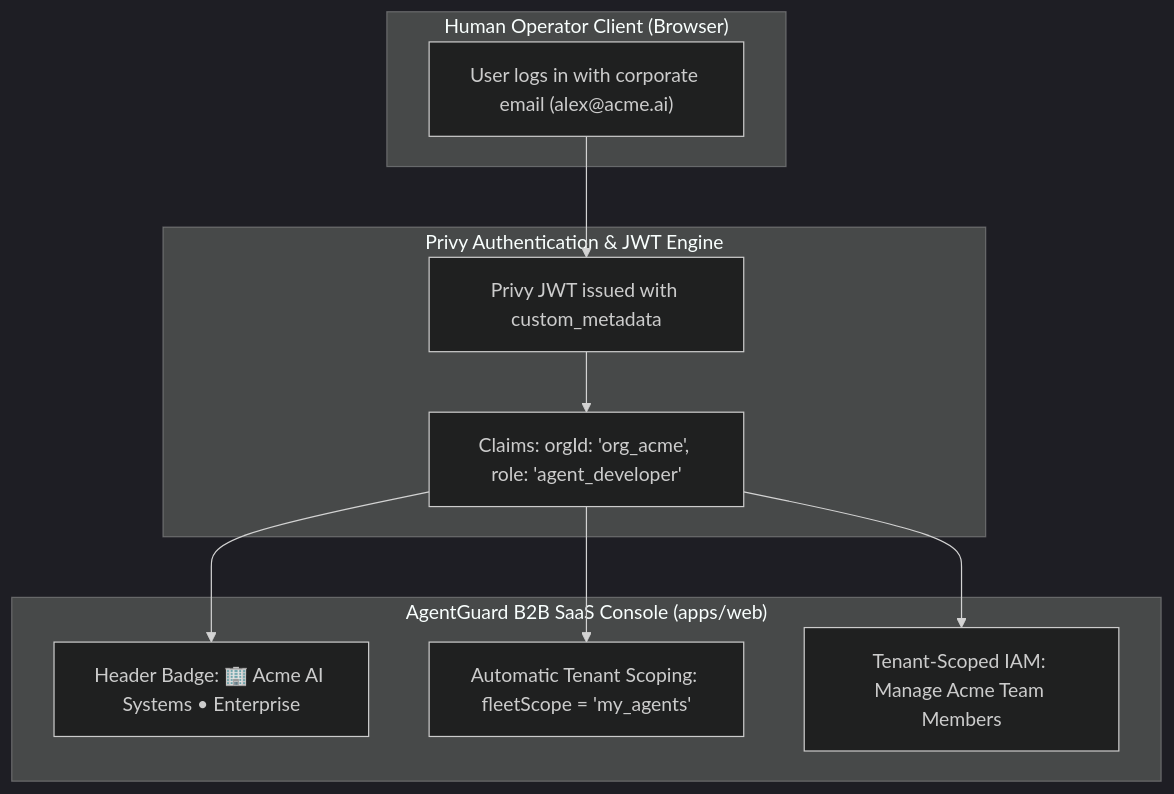
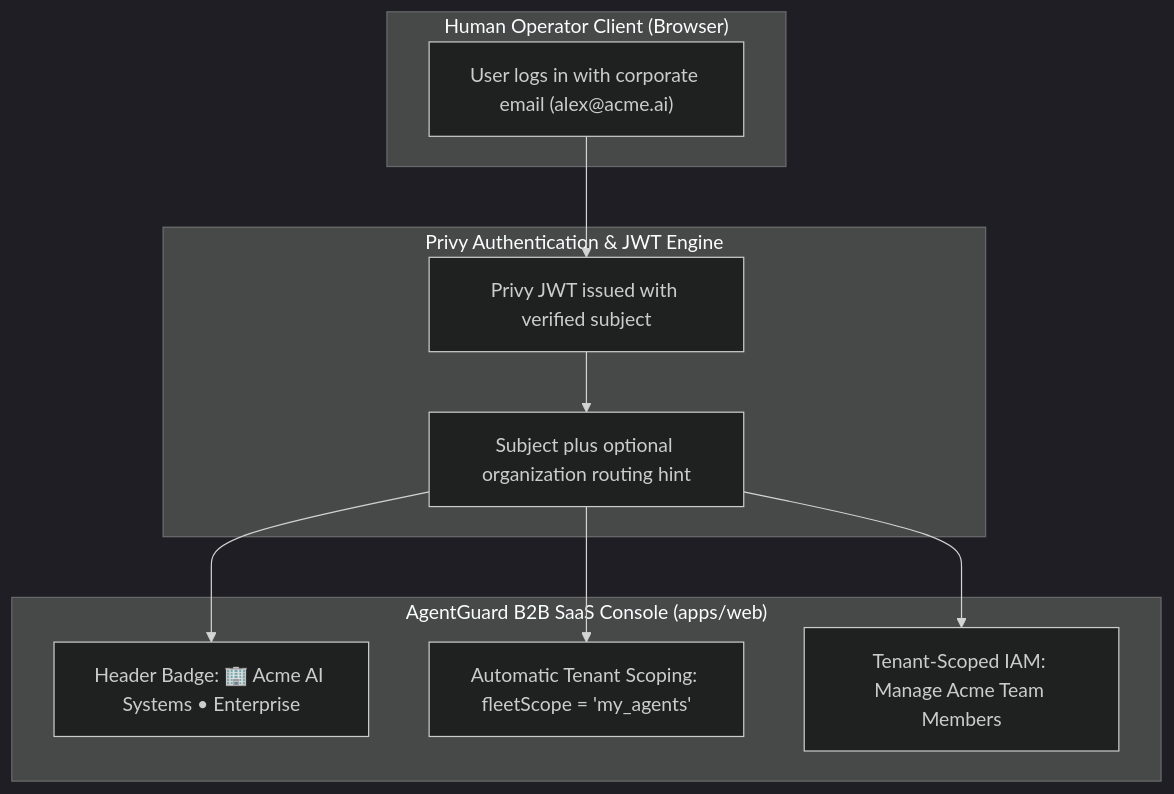
Before and after one commit to klyran-labs/metropolis: the diagram in docs/ENTERPRISE_SAAS_ARCHITECTURE.md, drawn with Mermaid (dark theme). The commit also changed other lines of this file and 181 other files, not shown here.

````diff
--- a/docs/ENTERPRISE_SAAS_ARCHITECTURE.md
+++ b/docs/ENTERPRISE_SAAS_ARCHITECTURE.md
@@ -20,20 +20,20 @@
 ```mermaid
 flowchart TD
     subgraph Client["Human Operator Client (Browser)"]
         User["User logs in with corporate email (alex@acme.ai)"]
     end
     subgraph Privy["Privy Authentication & JWT Engine"]
-        JWT["Privy JWT issued with custom_metadata"]
-        JWT --> Claims["Claims: orgId: 'org_acme', role: 'agent_developer'"]
+        JWT["Privy JWT issued with verified subject"]
+        JWT --> Claims["Subject plus optional organization routing hint"]
     end
     subgraph UI["AgentGuard B2B SaaS Console (apps/web)"]
         Badge["Header Badge: 🏢 Acme AI Systems • Enterprise"]
         Scope["Automatic Tenant Scoping: fleetScope = 'my_agents'"]
         Directory["Tenant-Scoped IAM: Manage Acme Team Members"]
     end
 
     User --> JWT
     Claims --> Badge
     Claims --> Scope
     Claims --> Directory
 ```
````
